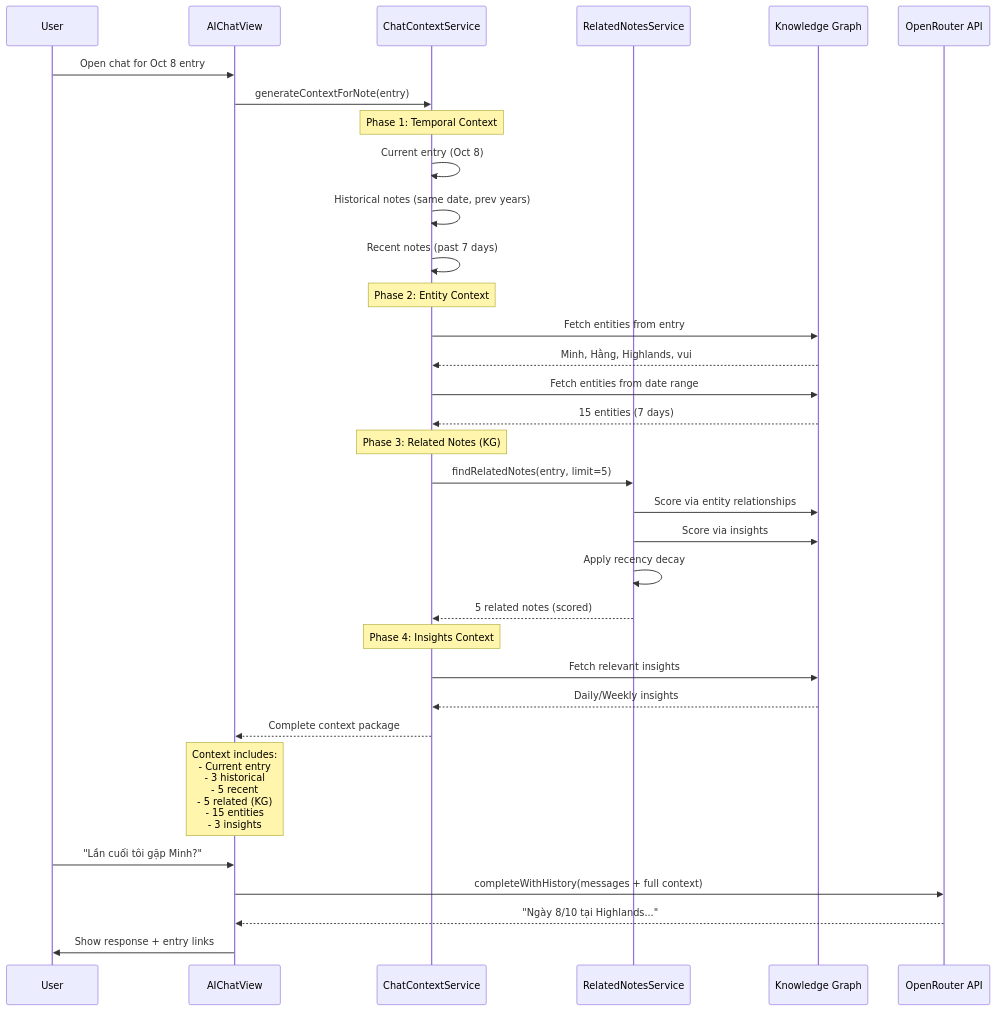
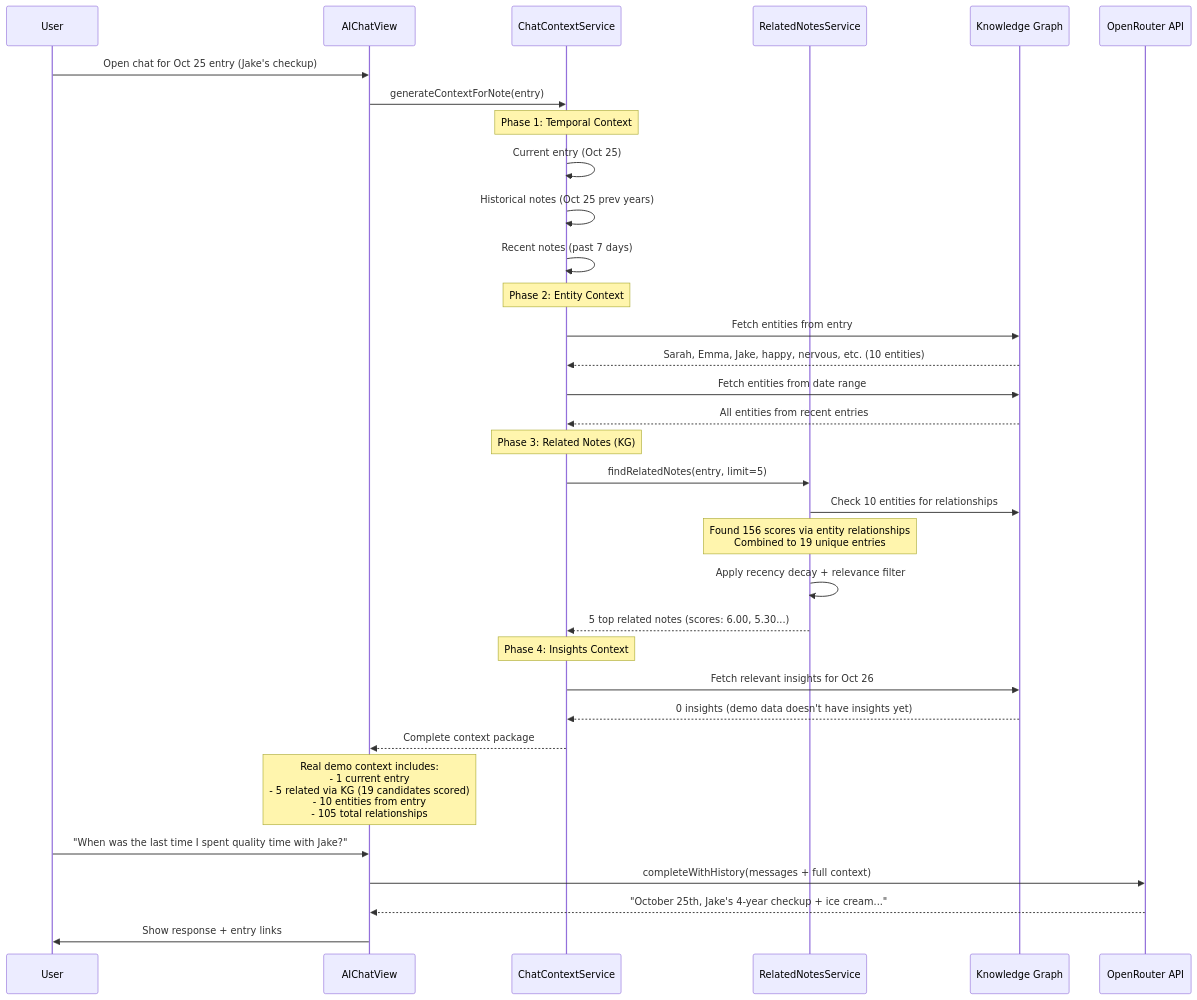
One commit to phuc-nt/kioku-ios changed the seventh of 14 diagrams in docs/99_lesson/PRESENTATION_SLIDES.md. Above: the diagram before and after it, drawn with Mermaid. The commit also changed other lines of this file, not shown here.

First line of the commit message:
docs: update presentation slides with real demo data and extraction results

````diff
--- a/docs/99_lesson/PRESENTATION_SLIDES.md
+++ b/docs/99_lesson/PRESENTATION_SLIDES.md
@@ -294,42 +313,42 @@
 ```mermaid
 sequenceDiagram
     participant User
     participant Chat as AIChatView
     participant Context as ChatContextService
     participant Related as RelatedNotesService
     participant KG as Knowledge Graph
     participant AI as OpenRouter API
 
-    User->>Chat: Open chat for Oct 8 entry
+    User->>Chat: Open chat for Oct 25 entry (Jake's checkup)
     Chat->>Context: generateContextForNote(entry)
 
     Note over Context: Phase 1: Temporal Context
-    Context->>Context: Current entry (Oct 8)
-    Context->>Context: Historical notes (same date, prev years)
+    Context->>Context: Current entry (Oct 25)
+    Context->>Context: Historical notes (Oct 25 prev years)
     Context->>Context: Recent notes (past 7 days)
 
     Note over Context: Phase 2: Entity Context
     Context->>KG: Fetch entities from entry
-    KG-->>Context: Minh, Hằng, Highlands, vui
+    KG-->>Context: Sarah, Emma, Jake, happy, nervous, etc. (10 entities)
     Context->>KG: Fetch entities from date range
-    KG-->>Context: 15 entities (7 days)
+    KG-->>Context: All entities from recent entries
 
     Note over Context: Phase 3: Related Notes (KG)
     Context->>Related: findRelatedNotes(entry, limit=5)
-    Related->>KG: Score via entity relationships
-    Related->>KG: Score via insights
-    Related->>Related: Apply recency decay
-    Related-->>Context: 5 related notes (scored)
+    Related->>KG: Check 10 entities for relationships
+    Note over Related: Found 156 scores via entity relationships<br/>Combined to 19 unique entries
+    Related->>Related: Apply recency decay + relevance filter
+    Related-->>Context: 5 top related notes (scores: 6.00, 5.30...)
 
     Note over Context: Phase 4: Insights Context
-    Context->>KG: Fetch relevant insights
-    KG-->>Context: Daily/Weekly insights
+    Context->>KG: Fetch relevant insights for Oct 26
+    KG-->>Context: 0 insights (demo data doesn't have insights yet)
 
     Context-->>Chat: Complete context package
-    Note over Chat: Context includes:<br/>- Current entry<br/>- 3 historical<br/>- 5 recent<br/>- 5 related (KG)<br/>- 15 entities<br/>- 3 insights
+    Note over Chat: Real demo context includes:<br/>- 1 current entry<br/>- 5 related via KG (19 candidates scored)<br/>- 10 entities from entry<br/>- 105 total relationships
 
-    User->>Chat: "Lần cuối tôi gặp Minh?"
+    User->>Chat: "When was the last time I spent quality time with Jake?"
     Chat->>AI: completeWithHistory(messages + full context)
-    AI-->>Chat: "Ngày 8/10 tại Highlands..."
+    AI-->>Chat: "October 25th, Jake's 4-year checkup + ice cream..."
     Chat->>User: Show response + entry links
 ```
````
